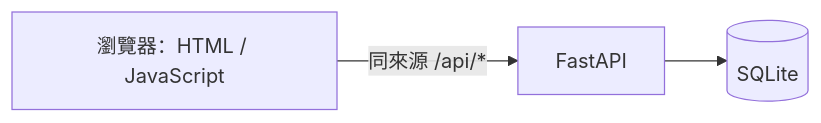
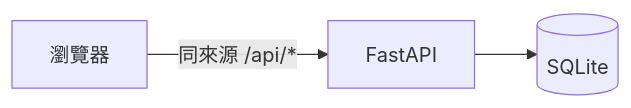
The diagram in course/01-上課/templates/04-sad.md (ChristingChang/leavebot-bootcamp), drawn with Mermaid before and after one commit. The commit also changed other lines of this file and 7 other files, not shown here.

````diff
--- a/course/01-上課/templates/04-sad.md
+++ b/course/01-上課/templates/04-sad.md
@@ -6,5 +11,5 @@
 ```mermaid
 flowchart LR
-    U[瀏覽器：HTML / JavaScript] -->|"同來源 /api/*"| A[FastAPI]
+    U[瀏覽器] -->|同來源 /api/*| A[FastAPI]
     A --> D[(SQLite)]
 ```
````
